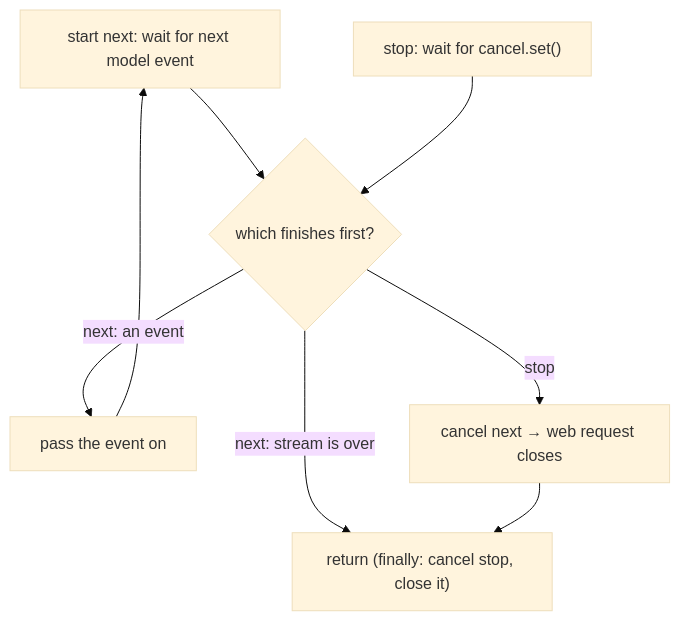
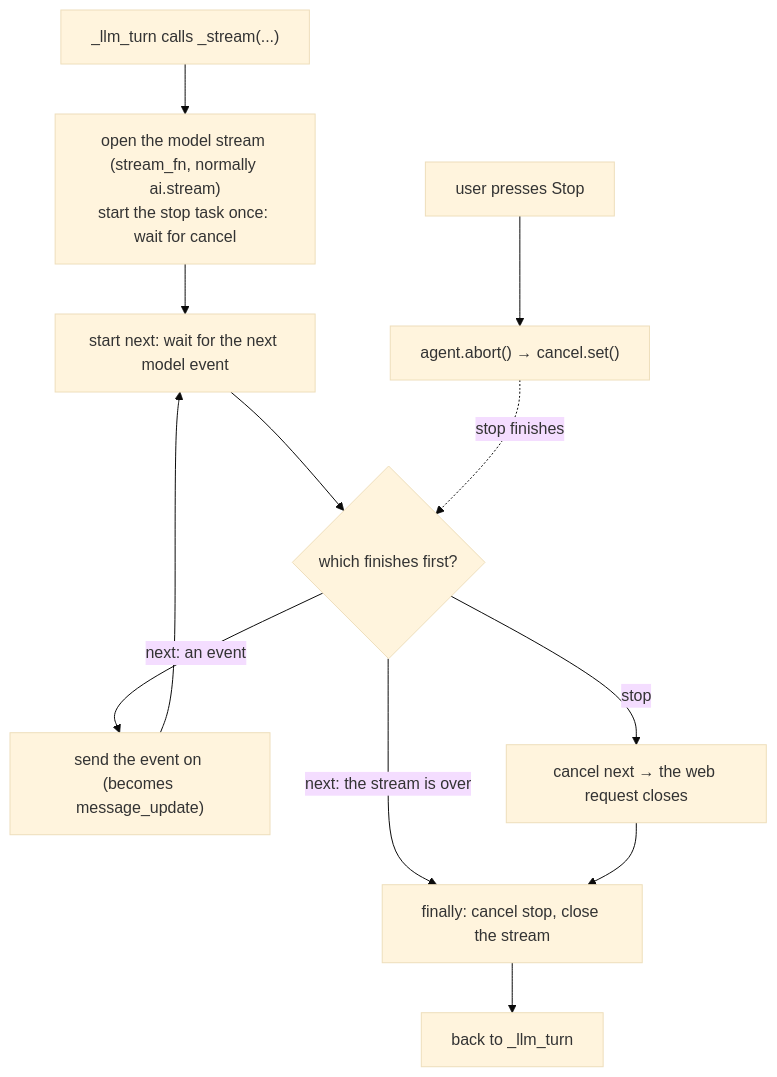
One commit to danhugo/simp-agent changed the third of 3 diagrams in docs/guidebook/06-events-abort.md. Above: the diagram before and after it, drawn with Mermaid (base theme). The commit also changed other lines of this file, not shown here.

Commit message:
guidebook ch06: redraw race diagram top-down from _llm_turn

````diff
--- a/docs/guidebook/06-events-abort.md
+++ b/docs/guidebook/06-events-abort.md
@@ -187,8 +187,11 @@
 ```mermaid
 flowchart TD
-    A["start next: wait for next model event"] --> W{"which finishes first?"}
-    S["stop: wait for cancel.set()"] --> W
-    W -- "next: an event" --> Y["pass the event on"] --> A
-    W -- "next: stream is over" --> E
-    W -- "stop" --> C["cancel next → web request closes"] --> E["return (finally: cancel stop, close it)"]
+    L["_llm_turn calls _stream(...)"] --> O["open the model stream (stream_fn, normally ai.stream)<br/>start the stop task once: wait for cancel"]
+    O --> N["start next: wait for the next model event"]
+    N --> W{"which finishes first?"}
+    W -- "next: an event" --> Y["send the event on (becomes message_update)"] --> N
+    W -- "next: the stream is over" --> F
+    W -- "stop" --> C["cancel next → the web request closes"] --> F["finally: cancel stop, close the stream"]
+    F --> R["back to _llm_turn"]
+    U["user presses Stop"] --> AB["agent.abort() → cancel.set()"] -. "stop finishes" .-> W
 ```
````
